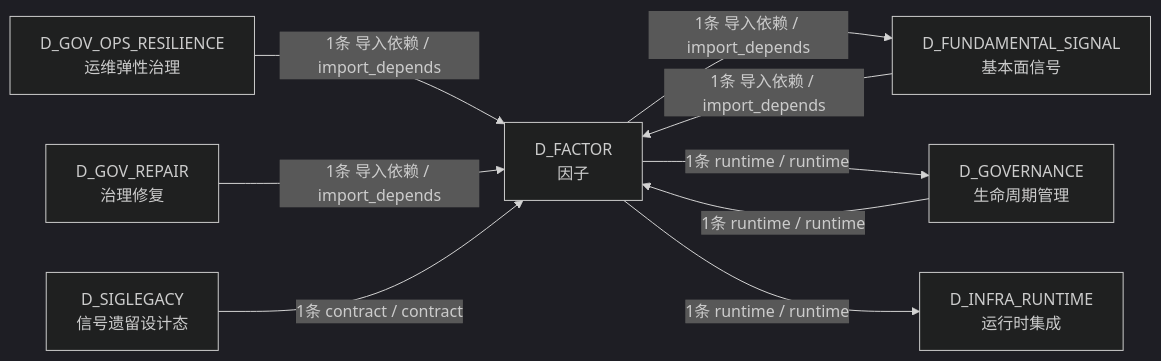
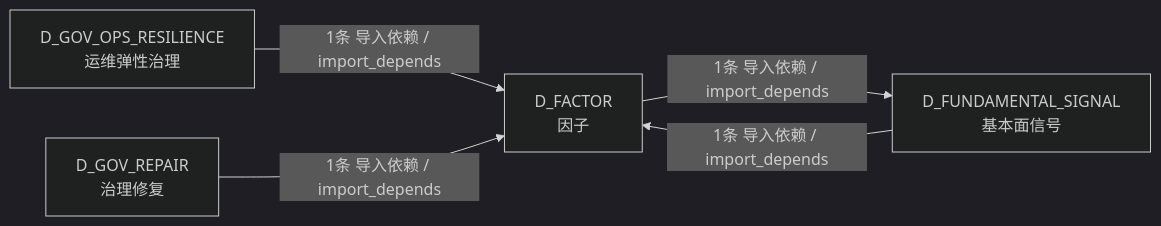
One commit to xuanFelixVan/ZephyrAlpha changed the fourth of 4 diagrams in docs/02_enterprise_architecture/02_domain_architecture_docs/36_d_factor.md. Above: the diagram before and after it, drawn with Mermaid (dark theme). The commit also changed other lines of this file and 126 other files, not shown here.

````diff
--- a/docs/02_enterprise_architecture/02_domain_architecture_docs/36_d_factor.md
+++ b/docs/02_enterprise_architecture/02_domain_architecture_docs/36_d_factor.md
@@ -215,18 +196,11 @@
 ```mermaid
 graph LR
     D_FACTOR["D_FACTOR<br/>因子"]
     D_FUNDAMENTAL_SIGNAL["D_FUNDAMENTAL_SIGNAL<br/>基本面信号"]
-    D_GOVERNANCE["D_GOVERNANCE<br/>生命周期管理"]
-    D_INFRA_RUNTIME["D_INFRA_RUNTIME<br/>运行时集成"]
     D_GOV_OPS_RESILIENCE["D_GOV_OPS_RESILIENCE<br/>运维弹性治理"]
     D_GOV_REPAIR["D_GOV_REPAIR<br/>治理修复"]
-    D_SIGLEGACY["D_SIGLEGACY<br/>信号遗留设计态"]
     D_FACTOR -->|1条 导入依赖 / import_depends| D_FUNDAMENTAL_SIGNAL
-    D_FACTOR -->|1条 runtime / runtime| D_GOVERNANCE
-    D_FACTOR -->|1条 runtime / runtime| D_INFRA_RUNTIME
     D_FUNDAMENTAL_SIGNAL -->|1条 导入依赖 / import_depends| D_FACTOR
-    D_GOVERNANCE -->|1条 runtime / runtime| D_FACTOR
     D_GOV_OPS_RESILIENCE -->|1条 导入依赖 / import_depends| D_FACTOR
     D_GOV_REPAIR -->|1条 导入依赖 / import_depends| D_FACTOR
-    D_SIGLEGACY -->|1条 contract / contract| D_FACTOR
 ```
````
